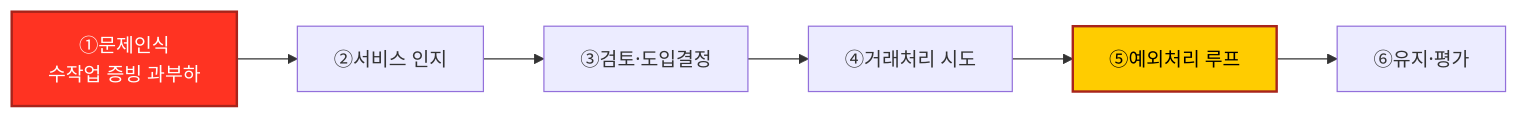
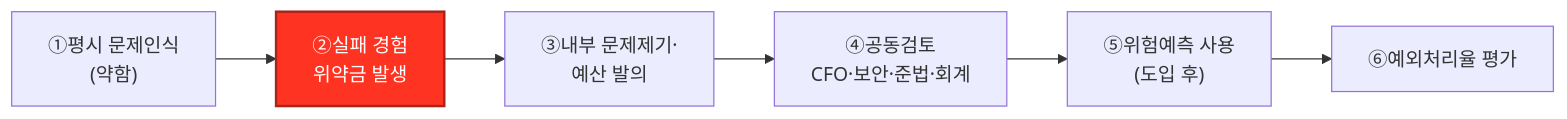
One commit to jennie-brain/business-analysis-frameworks changed the third of 4 diagrams in 05_페르소나_고객여정지도/02_고객여정지도.md. Above: the diagram before and after it, drawn with Mermaid. The commit also changed other lines of this file and 3 other files, not shown here.

````diff
--- a/05_페르소나_고객여정지도/02_고객여정지도.md
+++ b/05_페르소나_고객여정지도/02_고객여정지도.md
@@ -52,6 +56,5 @@
 ```mermaid
 flowchart LR
-    S1["①문제인식<br/>수작업 증빙 과부하"] --> S2["②서비스 인지"] --> S3["③검토·도입결정"] --> S4["④거래처리 시도"] --> S5["⑤예외처리 루프"] --> S6["⑥유지·평가"]
-    style S1 fill:#FF3322,stroke:#a8241b,color:#ffffff,stroke-width:2px
-    style S5 fill:#FFCC00,stroke:#a8241b,color:#000000,stroke-width:2px
+    S1["①평시 문제인식<br/>(약함)"] --> S2["②실패 경험<br/>위약금 발생"] --> S3["③내부 문제제기·<br/>예산 발의"] --> S4["④공동검토<br/>CFO·보안·준법·회계"] --> S5["⑤위험예측 사용<br/>(도입 후)"] --> S6["⑥예외처리율 평가"]
+    style S2 fill:#FF3322,stroke:#a8241b,color:#ffffff,stroke-width:2px
 ```
````
